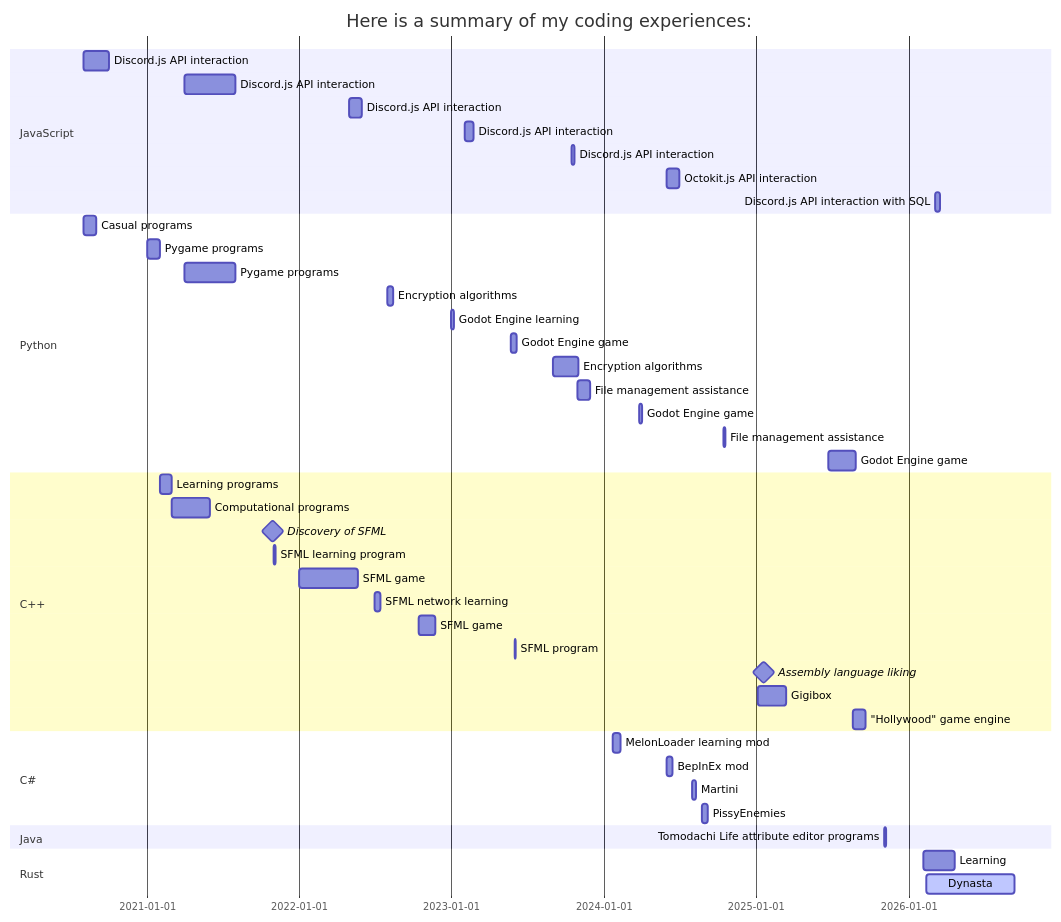
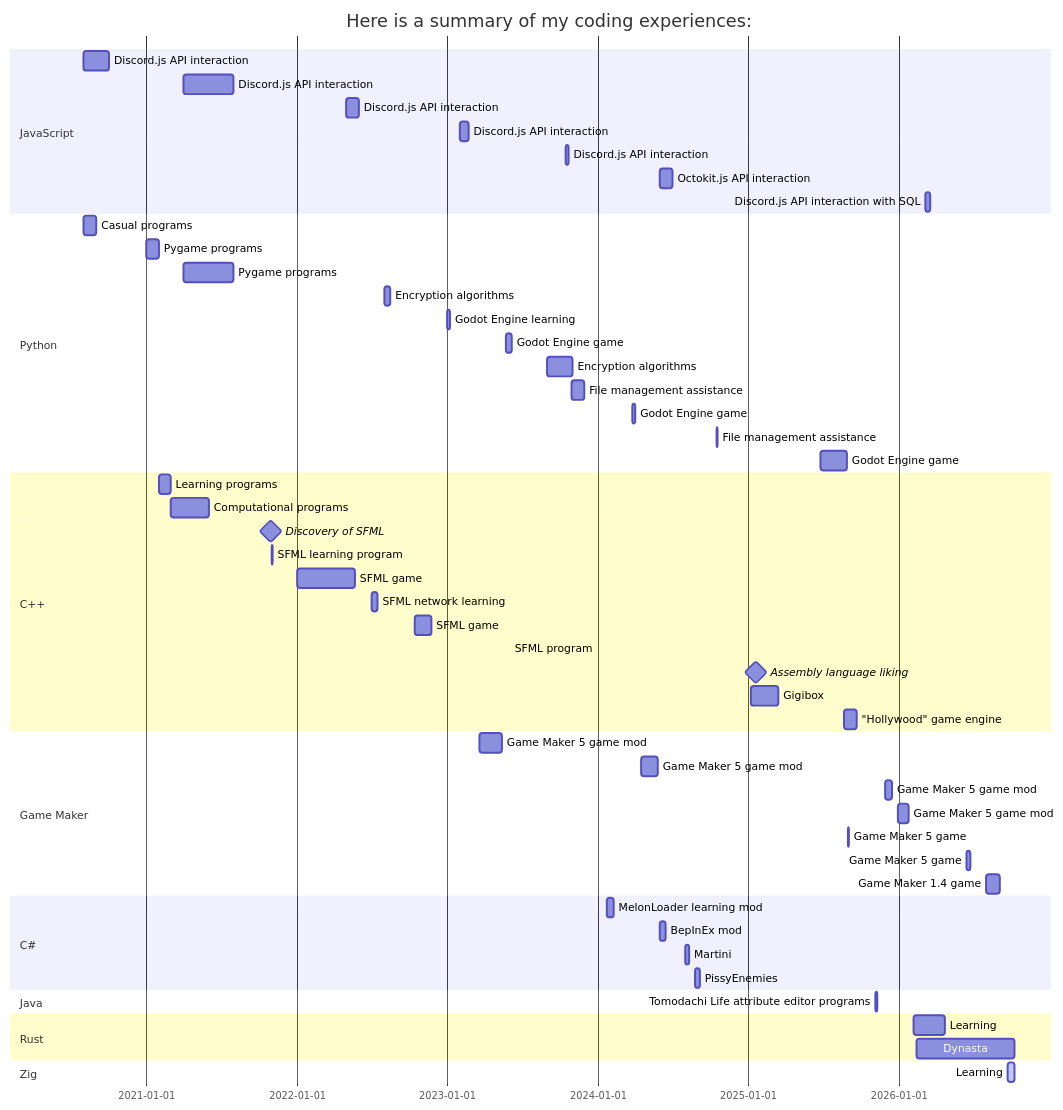
One commit to Simonciott/Simonciott changed the diagram in README.md. Above: the diagram before and after it, drawn with Mermaid. The commit also changed other lines of this file, not shown here.

````diff
--- a/README.md
+++ b/README.md
@@ -3,47 +3,57 @@
 ```mermaid
 gantt
     title Here is a summary of my coding experiences:
     dateFormat YYYY-MM-DD
     section JavaScript
         Discord.js API interaction: jsd1, 2020-08, 2M
         Discord.js API interaction: jsd2, 2021-04, 4M
         Discord.js API interaction: jsd3, 2022-05, 1M
         Discord.js API interaction: jsd4, 2023-02, 3w
         Discord.js API interaction: jsd5, 2023-10-15, 1w
         Octokit.js API interaction: ok1, 2024-06-01, 1M
         Discord.js API interaction with SQL: jsd6, 2026-03-07, 2026-03-19
     section Python
         Casual programs: 2020-08, 1M
         Pygame programs: pg1, 2021-01, until clp
         Pygame programs: pg2, 2021-04, 4M
         Encryption algorithms: pea1, 2022-08, 2w
         Godot Engine learning: gel, 2023-01-1, 1w
         Godot Engine game: ge1, 2023-05-24, 2w
         Encryption algorithms: pea2, 2023-09, 2M
         File management assistance: fma1, 2023-10-30, 1M
         Godot Engine game: ge2, 2024-03-26, 1w
         File management assistance: fma2, 2024-10-15, 4d
         Godot Engine game: ge3, 2025-06-24, 2025-08-29
     section C++
         Learning programs: clp, 2021-02, 1M
         Computational programs: cp, after clp, 3M
         Discovery of SFML: milestone, sfml, 2021-10-29, 0d
         SFML learning program: 2021-11-01, 3d
         SFML game: sfmlg1, 2022-01, 20w
         SFML network learning: 2022-07, 2w
         SFML game: sfmlg2, 2022-10-15, 40d
         SFML program: 2023-06, 2d
         Assembly language liking: milestone, 2025-01-20, 0d
         Gigibox: 2025-01-06, 2025-03-15
         "Hollywood" game engine: 2025-08-21, 2025-09-21
+    section Game Maker
+        Game Maker 5 game mod: hwj, 2023-03-20, 2023-05-14
+        Game Maker 5 game mod: hwj2, 2024-04-15, 2024-05-25
+        Game Maker 5 game mod: hwj3, 2025-11-30, 2025-12-15
+        Game Maker 5 game mod: hwjm, 2025-12-31, 2026-01-26
+        Game Maker 5 game: gm5v, 2025-08-31, 2025-09-03
+        Game Maker 5 game: gm5c, 2026-06-15, 2026-06-24
+        Game Maker 1.4 game: gm14v, 2026-08-01, 2026-09-04
     section C#
         MelonLoader learning mod: 2024-01-23, 2024-02-10
         BepInEx mod: 2024-06, 2w
         Martini: 2024-08-01, 2024-08-09
         PissyEnemies: 2024-08-24, 2024-09-06
     section Java
         Tomodachi Life attribute editor programs: 2025-11-05, 5d
     section Rust
         Learning: rsl, 2026-02-06, 2026-04-22
-        Dynasta: active, rsp, 2026-02-13, 2026-09-13
+        Dynasta: rsp, 2026-02-13, 2026-10-09
+    section Zig
+        Learning: active, zigl, 2026-09-23, 2026-10-09
 ```
````
